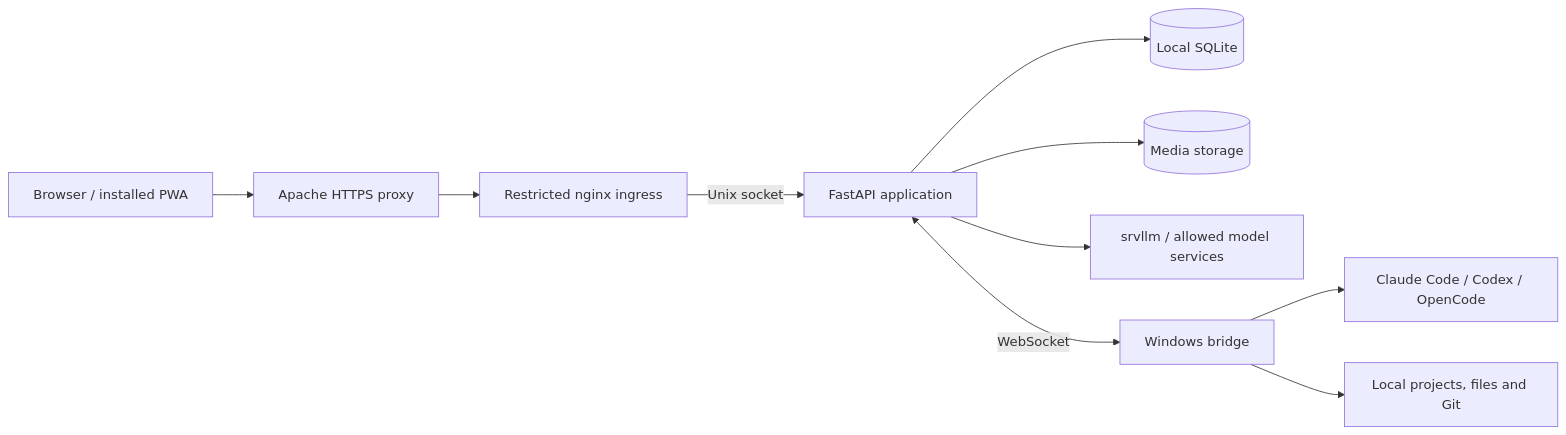
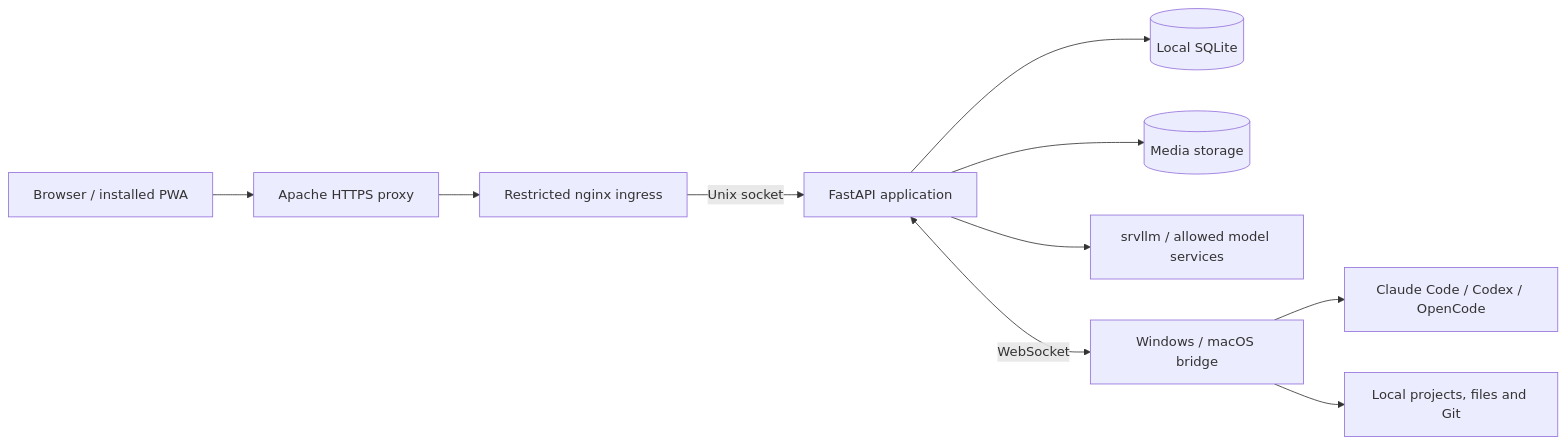
Before and after one commit to guru431/studio: the diagram in README.md, drawn with Mermaid. The commit also changed other lines of this file and 69 other files, not shown here.

````diff
--- a/README.md
+++ b/README.md
@@ -218,12 +218,12 @@
 ```mermaid
 flowchart LR
     UI["Browser / installed PWA"] --> HTTPS["Apache HTTPS proxy"]
     HTTPS --> NGINX["Restricted nginx ingress"]
     NGINX -->|Unix socket| APP["FastAPI application"]
     APP --> DB[("Local SQLite")]
     APP --> MEDIA[("Media storage")]
     APP --> MODELS["srvllm / allowed model services"]
-    APP <-->|WebSocket| BRIDGE["Windows bridge"]
+    APP <-->|WebSocket| BRIDGE["Windows / macOS bridge"]
     BRIDGE --> CLI["Claude Code / Codex / OpenCode"]
     BRIDGE --> PROJECTS["Local projects, files and Git"]
 ```
````
